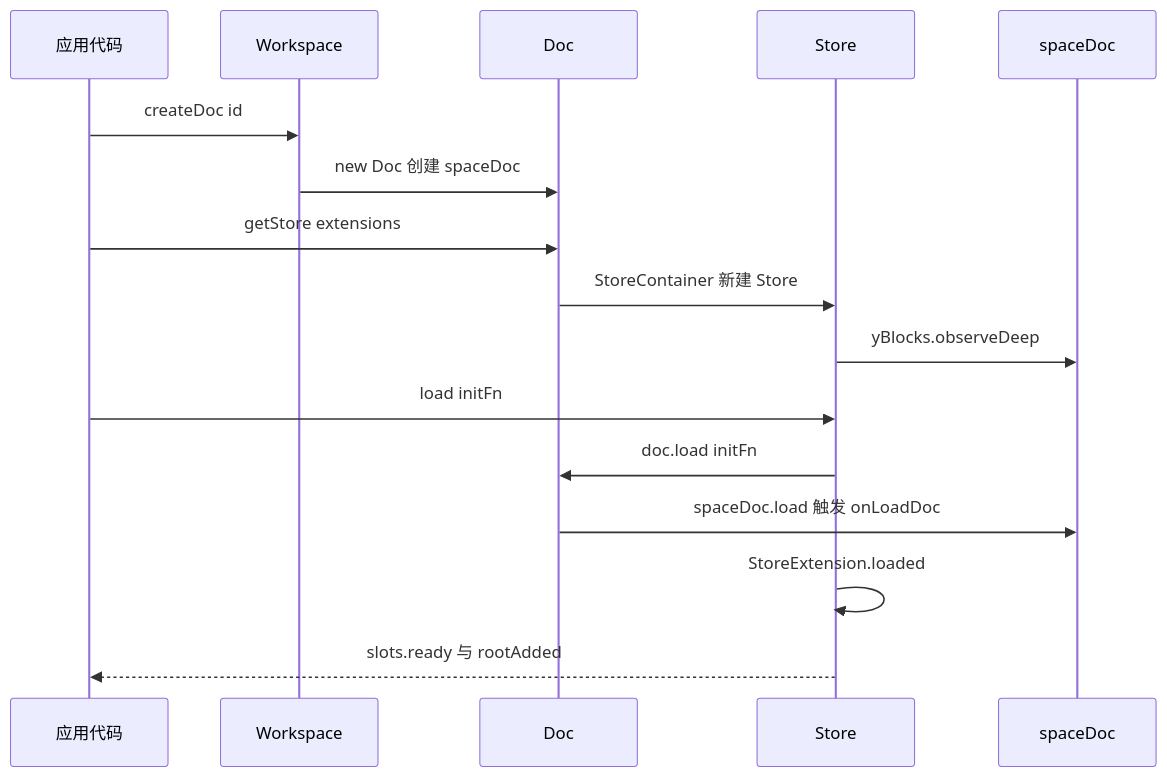
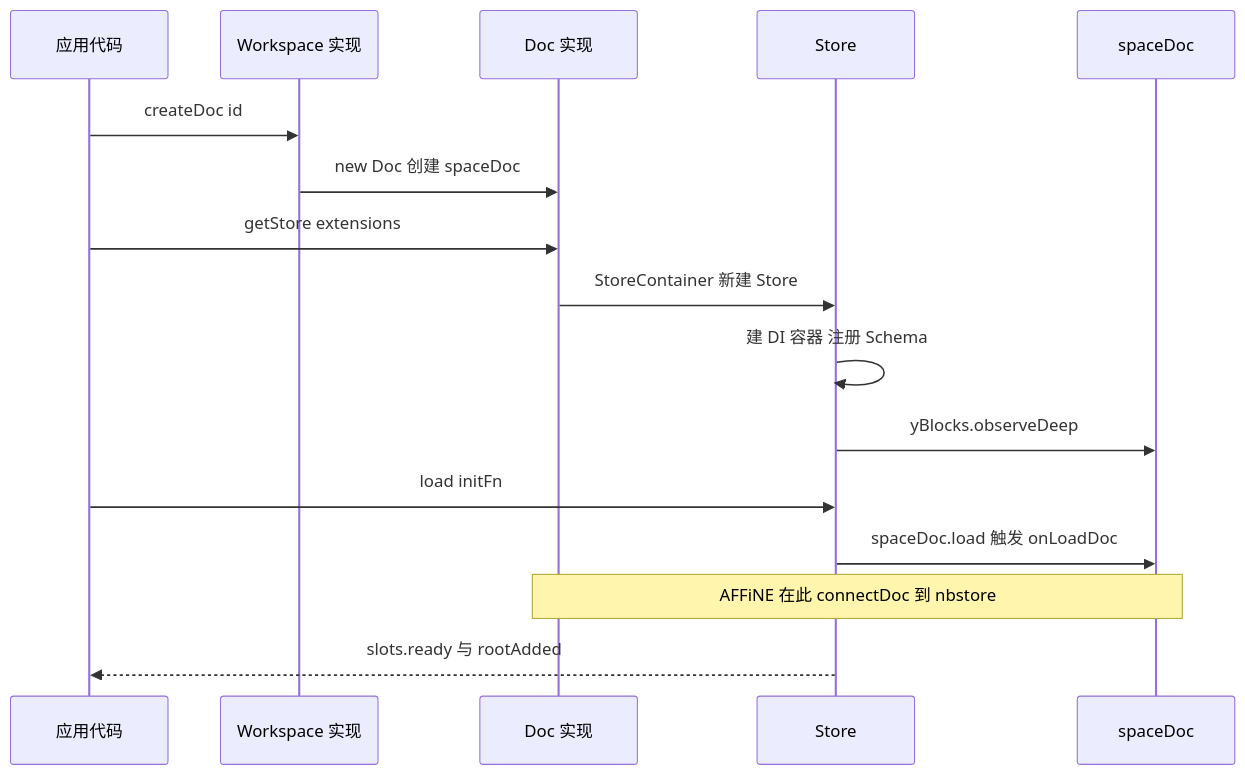
Before and after one commit to lfire/AFFiNE: the third of 7 diagrams in learning-guide/slides/decks/12.md, drawn with Mermaid. The commit also changed other lines of this file and 46 other files, not shown here.

````diff
--- a/learning-guide/slides/decks/12.md
+++ b/learning-guide/slides/decks/12.md
@@ -207,18 +197,18 @@
 ```mermaid
 sequenceDiagram
   participant App as 应用代码
-  participant WS as Workspace
-  participant D as Doc
+  participant WS as Workspace 实现
+  participant D as Doc 实现
   participant S as Store
   participant Y as spaceDoc
   App->>WS: createDoc id
   WS->>D: new Doc 创建 spaceDoc
   App->>D: getStore extensions
   D->>S: StoreContainer 新建 Store
+  S->>S: 建 DI 容器 注册 Schema
   S->>Y: yBlocks.observeDeep
   App->>S: load initFn
-  S->>D: doc.load initFn
-  D->>Y: spaceDoc.load 触发 onLoadDoc
-  S->>S: StoreExtension.loaded
+  S->>Y: spaceDoc.load 触发 onLoadDoc
+  Note over D,Y: AFFiNE 在此 connectDoc 到 nbstore
   S-->>App: slots.ready 与 rootAdded
 ```
````
